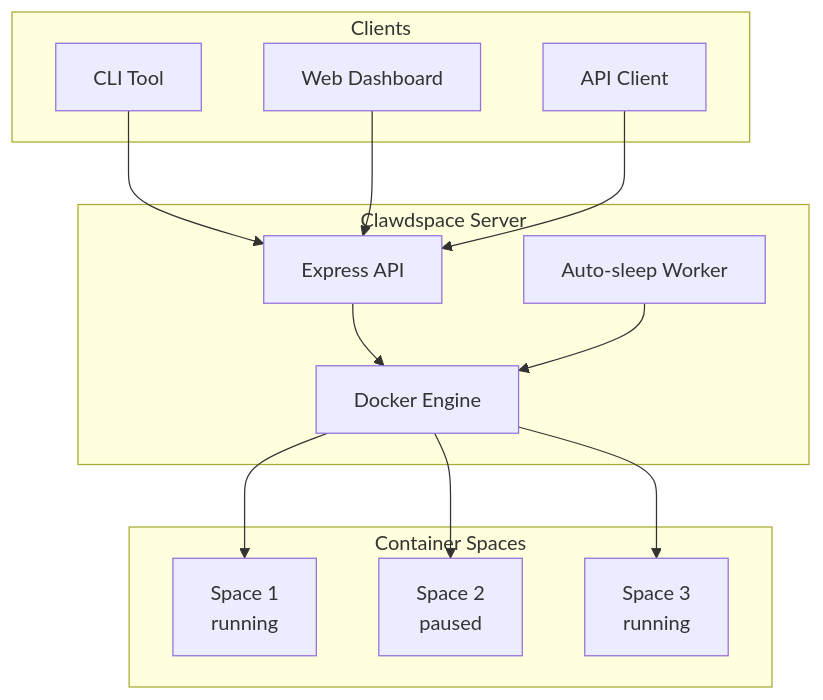
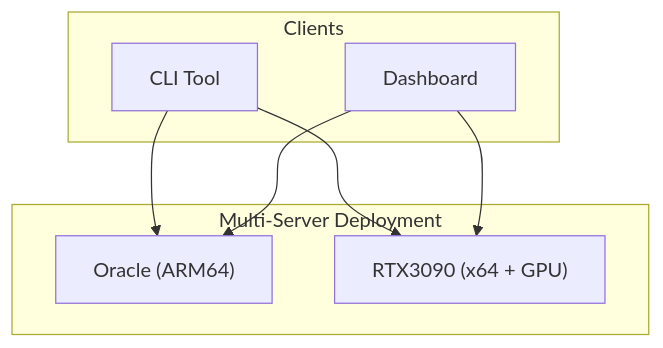
One commit to adam91holt/clawdspace changed the diagram in README.md. Above: the diagram before and after it, drawn with Mermaid. The commit also changed other lines of this file and 6 other files, not shown here.

````diff
--- a/README.md
+++ b/README.md
@@ -69,29 +72,17 @@
 ```mermaid
 graph TB
     subgraph Clients
         CLI[CLI Tool]
-        Web[Web Dashboard]
-        API_Client[API Client]
+        Web[Dashboard]
     end
-
-    subgraph Server["Clawdspace Server"]
-        API[Express API]
-        Worker[Auto-sleep Worker]
-        Docker[Docker Engine]
+    
+    subgraph Servers["Multi-Server Deployment"]
+        S1["Oracle (ARM64)"]
+        S2["RTX3090 (x64 + GPU)"]
     end
-
-    subgraph Spaces["Container Spaces"]
-        S1[Space 1<br/>running]
-        S2[Space 2<br/>paused]
-        S3[Space 3<br/>running]
-    end
-
-    CLI --> API
-    Web --> API
-    API_Client --> API
-    API --> Docker
-    Worker --> Docker
-    Docker --> S1
-    Docker --> S2
-    Docker --> S3
+    
+    CLI --> S1
+    CLI --> S2
+    Web --> S1
+    Web --> S2
 ```
````
